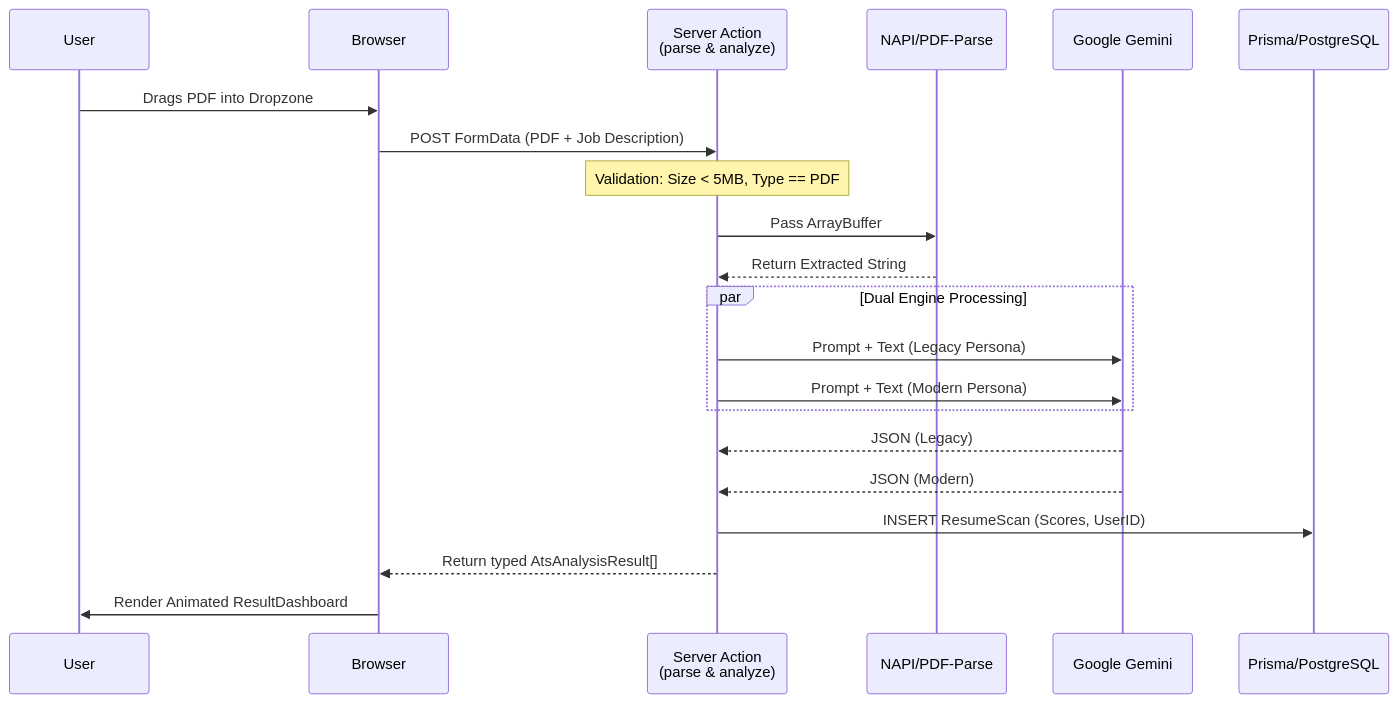
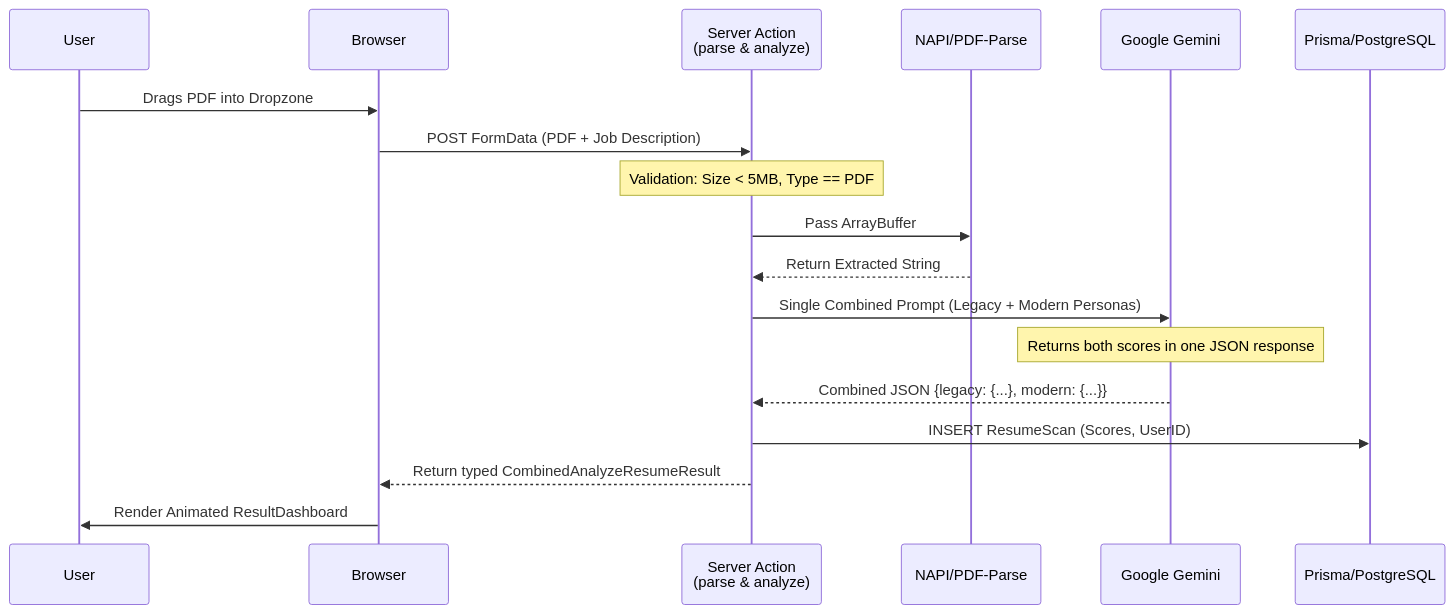
The second of 3 diagrams in README.md (vansh412f/AI-ATS-Screener), drawn with Mermaid before and after one commit. The commit also changed other lines of this file and 1 other file, not shown here.

````diff
--- a/README.md
+++ b/README.md
@@ -163,27 +179,23 @@
 ```mermaid
 sequenceDiagram
     participant User
     participant Browser
     participant ServerAction as Server Action<br/>(parse & analyze)
     participant PDFEngine as NAPI/PDF-Parse
     participant Gemini as Google Gemini
     participant DB as Prisma/PostgreSQL
 
     User->>Browser: Drags PDF into Dropzone
     Browser->>ServerAction: POST FormData (PDF + Job Description)
     Note over ServerAction: Validation: Size < 5MB, Type == PDF
     ServerAction->>PDFEngine: Pass ArrayBuffer
     PDFEngine-->>ServerAction: Return Extracted String
     
-    par Dual Engine Processing
-        ServerAction->>Gemini: Prompt + Text (Legacy Persona)
-        ServerAction->>Gemini: Prompt + Text (Modern Persona)
-    end
-    
-    Gemini-->>ServerAction: JSON (Legacy)
-    Gemini-->>ServerAction: JSON (Modern)
+    ServerAction->>Gemini: Single Combined Prompt (Legacy + Modern Personas)
+    Note over Gemini: Returns both scores in one JSON response
+    Gemini-->>ServerAction: Combined JSON {legacy: {...}, modern: {...}}
     
     ServerAction->>DB: INSERT ResumeScan (Scores, UserID)
-    ServerAction-->>Browser: Return typed AtsAnalysisResult[]
+    ServerAction-->>Browser: Return typed CombinedAnalyzeResumeResult
     Browser->>User: Render Animated ResultDashboard
 ```
````
